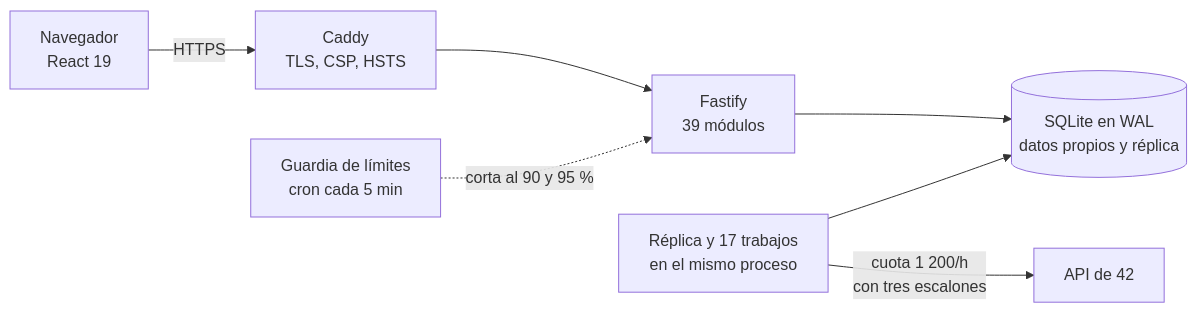
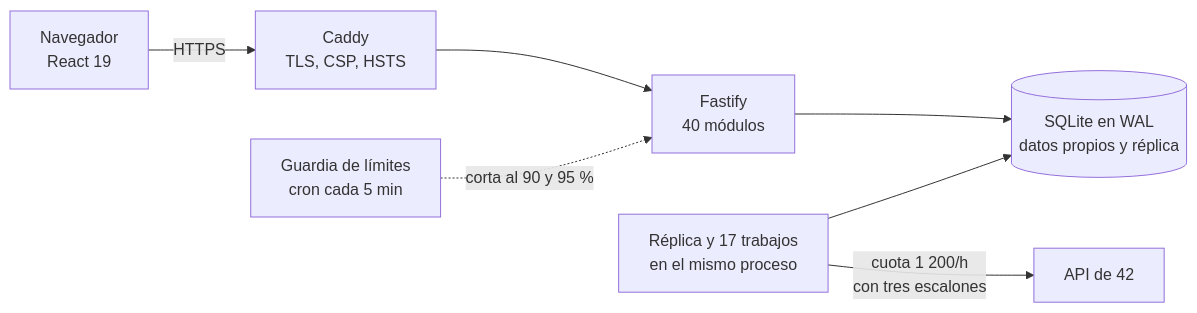
The first of 2 diagrams in README.md (ALRO-GM/sanatorio-42), drawn with Mermaid before and after one commit. The commit also changed other lines of this file, not shown here.

````diff
--- a/README.md
+++ b/README.md
@@ -312,9 +312,9 @@
 ```mermaid
 flowchart LR
   P["Navegador<br/>React 19"] -->|HTTPS| C["Caddy<br/>TLS, CSP, HSTS"]
-  C --> A["Fastify<br/>39 módulos"]
+  C --> A["Fastify<br/>40 módulos"]
   A --> D[("SQLite en WAL<br/>datos propios y réplica")]
   S["Réplica y 17 trabajos<br/>en el mismo proceso"] --> D
   S -->|"cuota 1 200/h<br/>con tres escalones"| Q["API de 42"]
   G["Guardia de límites<br/>cron cada 5 min"] -. "corta al 90 y 95 %" .-> A
 ```
````
